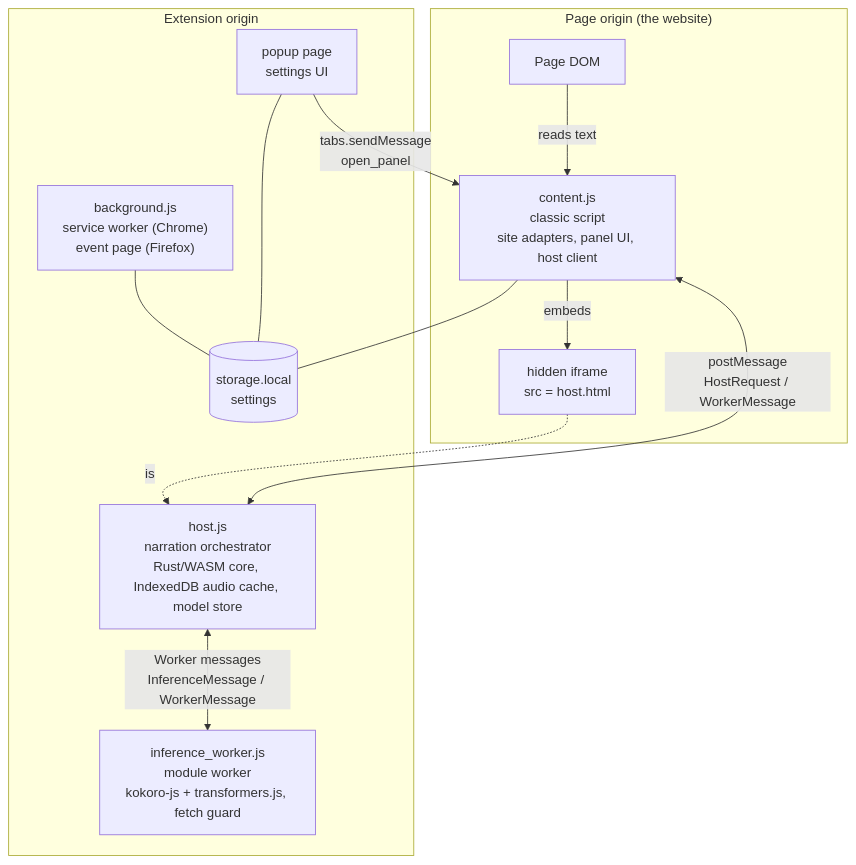
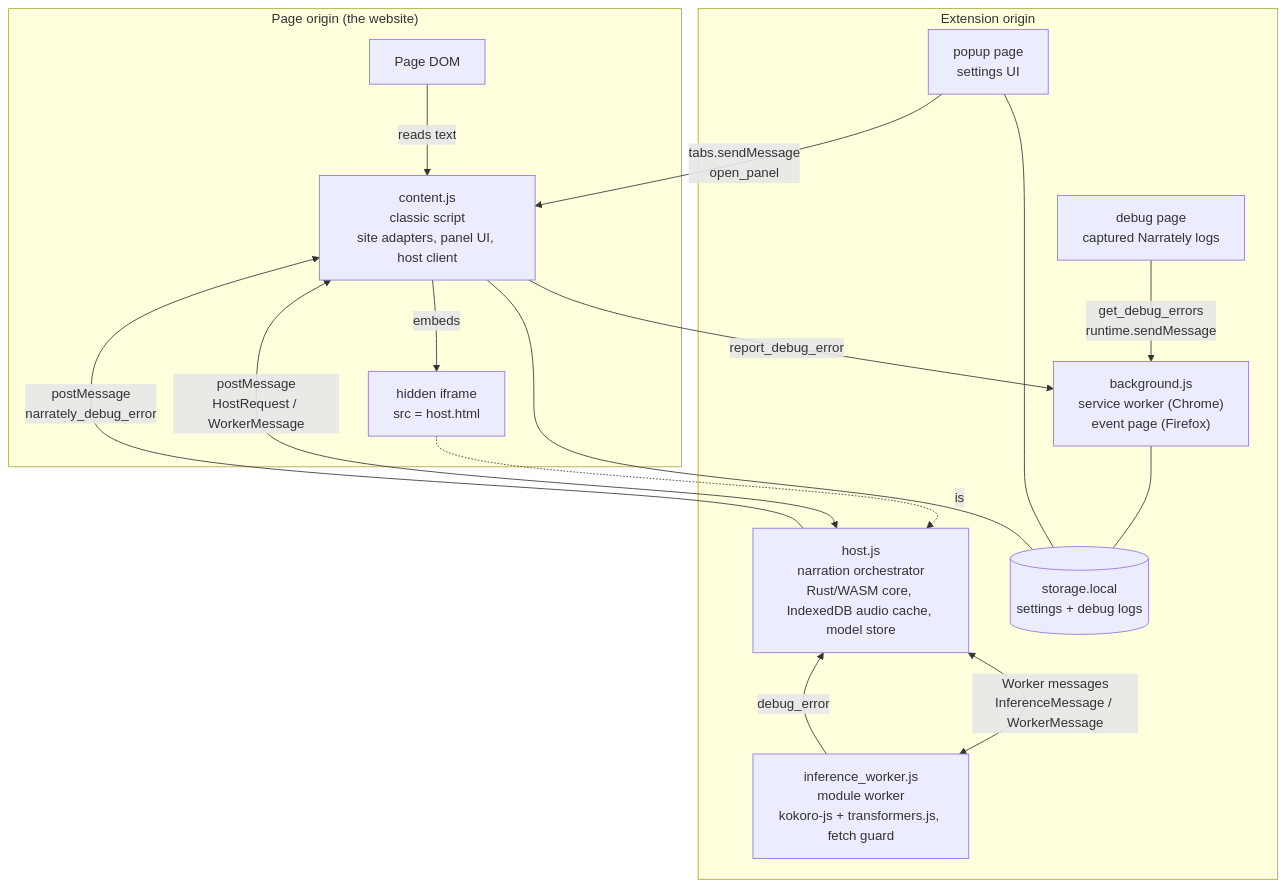
Before and after one commit to abdullahkhfb/narrately: the first of 6 diagrams in docs/architecture.md, drawn with Mermaid. The commit also changed other lines of this file and 42 other files, not shown here.

````diff
--- a/docs/architecture.md
+++ b/docs/architecture.md
@@ -12,26 +12,31 @@
 ```mermaid
 flowchart TB
     subgraph PageOrigin["Page origin (the website)"]
         page["Page DOM"]
         content["content.js<br/>classic script<br/>site adapters, panel UI, host client"]
         iframe["hidden iframe<br/>src = host.html"]
     end
 
     subgraph ExtOrigin["Extension origin"]
         host["host.js<br/>narration orchestrator<br/>Rust/WASM core, IndexedDB audio cache, model store"]
         worker["inference_worker.js<br/>module worker<br/>kokoro-js + transformers.js, fetch guard"]
         bg["background.js<br/>service worker (Chrome)<br/>event page (Firefox)"]
         popup["popup page<br/>settings UI"]
-        storage[("storage.local<br/>settings")]
+        debug["debug page<br/>captured Narrately logs"]
+        storage[("storage.local<br/>settings + debug logs")]
     end
 
     page -->|"reads text"| content
     content -->|"embeds"| iframe
     iframe -.->|"is"| host
     content <-->|"postMessage<br/>HostRequest / WorkerMessage"| host
     host <-->|"Worker messages<br/>InferenceMessage / WorkerMessage"| worker
     popup -->|"tabs.sendMessage<br/>open_panel"| content
     bg --- storage
     popup --- storage
     content --- storage
+    debug -->|"get_debug_errors<br/>runtime.sendMessage"| bg
+    content -->|"report_debug_error"| bg
+    host -->|"postMessage<br/>narrately_debug_error"| content
+    worker -->|"debug_error"| host
 ```
````
